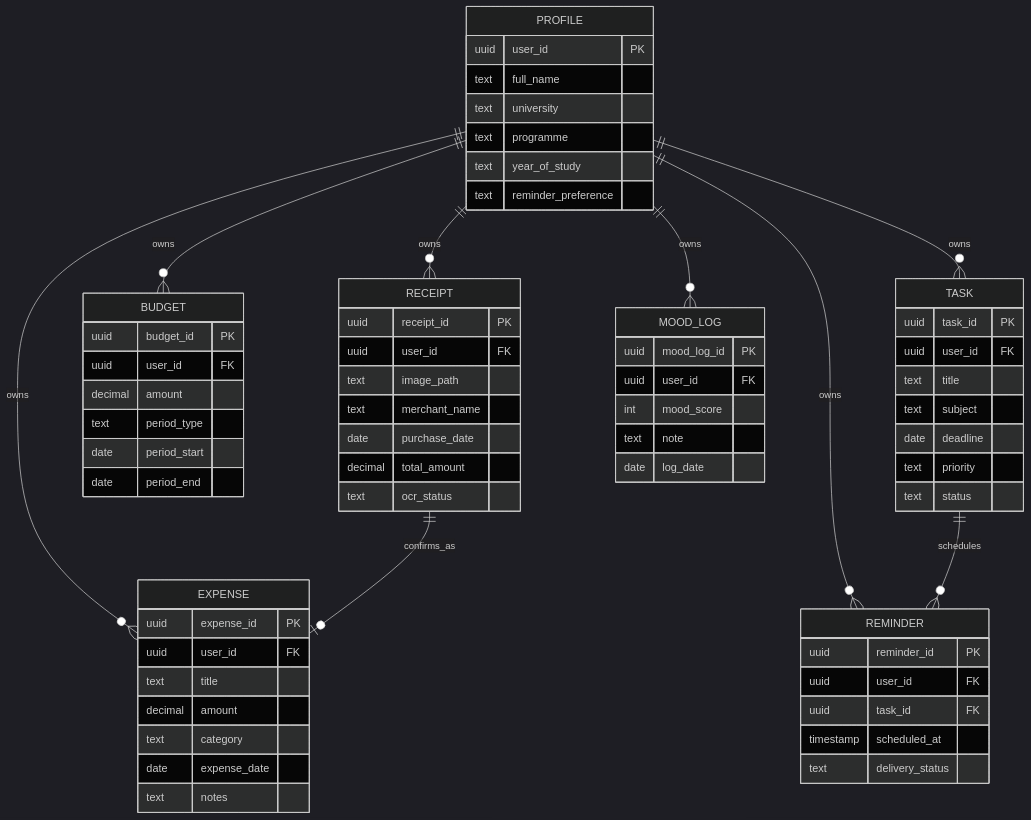
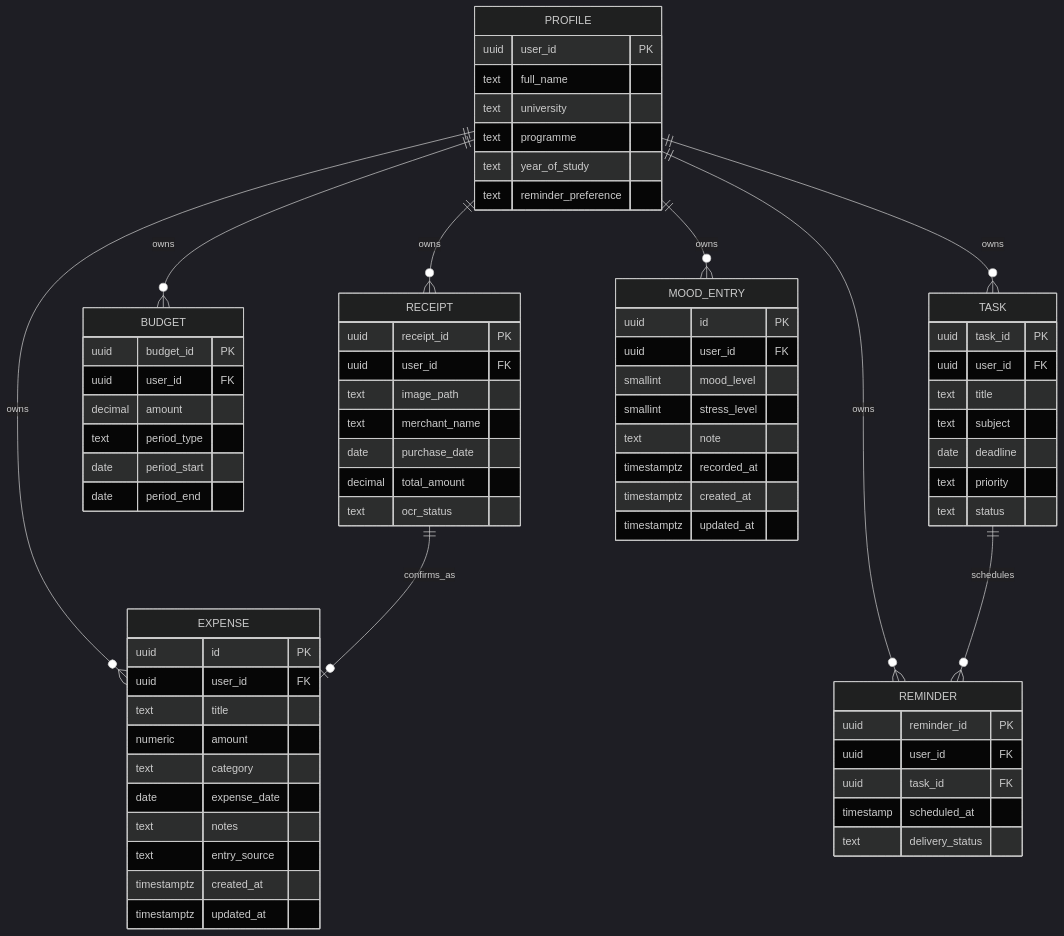
Before and after one commit to adeebirfaan/Unifyd-V1: the second of 4 diagrams in UNIFYD_SDD.md, drawn with Mermaid (dark theme). The commit also changed other lines of this file and 73 other files, not shown here.

````diff
--- a/UNIFYD_SDD.md
+++ b/UNIFYD_SDD.md
@@ -120,69 +138,75 @@
 ```mermaid
 erDiagram
     PROFILE ||--o{ EXPENSE : owns
     PROFILE ||--o{ RECEIPT : owns
     PROFILE ||--o{ BUDGET : owns
     PROFILE ||--o{ TASK : owns
     PROFILE ||--o{ REMINDER : owns
-    PROFILE ||--o{ MOOD_LOG : owns
+    PROFILE ||--o{ MOOD_ENTRY : owns
     TASK ||--o{ REMINDER : schedules
     RECEIPT ||--o| EXPENSE : confirms_as
 
     PROFILE {
         uuid user_id PK
         text full_name
         text university
         text programme
         text year_of_study
         text reminder_preference
     }
     EXPENSE {
-        uuid expense_id PK
+        uuid id PK
         uuid user_id FK
         text title
-        decimal amount
+        numeric amount
         text category
         date expense_date
         text notes
+        text entry_source
+        timestamptz created_at
+        timestamptz updated_at
     }
     RECEIPT {
         uuid receipt_id PK
         uuid user_id FK
         text image_path
         text merchant_name
         date purchase_date
         decimal total_amount
         text ocr_status
     }
     BUDGET {
         uuid budget_id PK
         uuid user_id FK
         decimal amount
         text period_type
         date period_start
         date period_end
     }
     TASK {
         uuid task_id PK
         uuid user_id FK
         text title
         text subject
         date deadline
         text priority
         text status
     }
     REMINDER {
         uuid reminder_id PK
         uuid user_id FK
         uuid task_id FK
         timestamp scheduled_at
         text delivery_status
     }
-    MOOD_LOG {
-        uuid mood_log_id PK
+    MOOD_ENTRY {
+        uuid id PK
         uuid user_id FK
-        int mood_score
+        smallint mood_level
+        smallint stress_level
         text note
-        date log_date
+        timestamptz recorded_at
+        timestamptz created_at
+        timestamptz updated_at
     }
 ```
````
